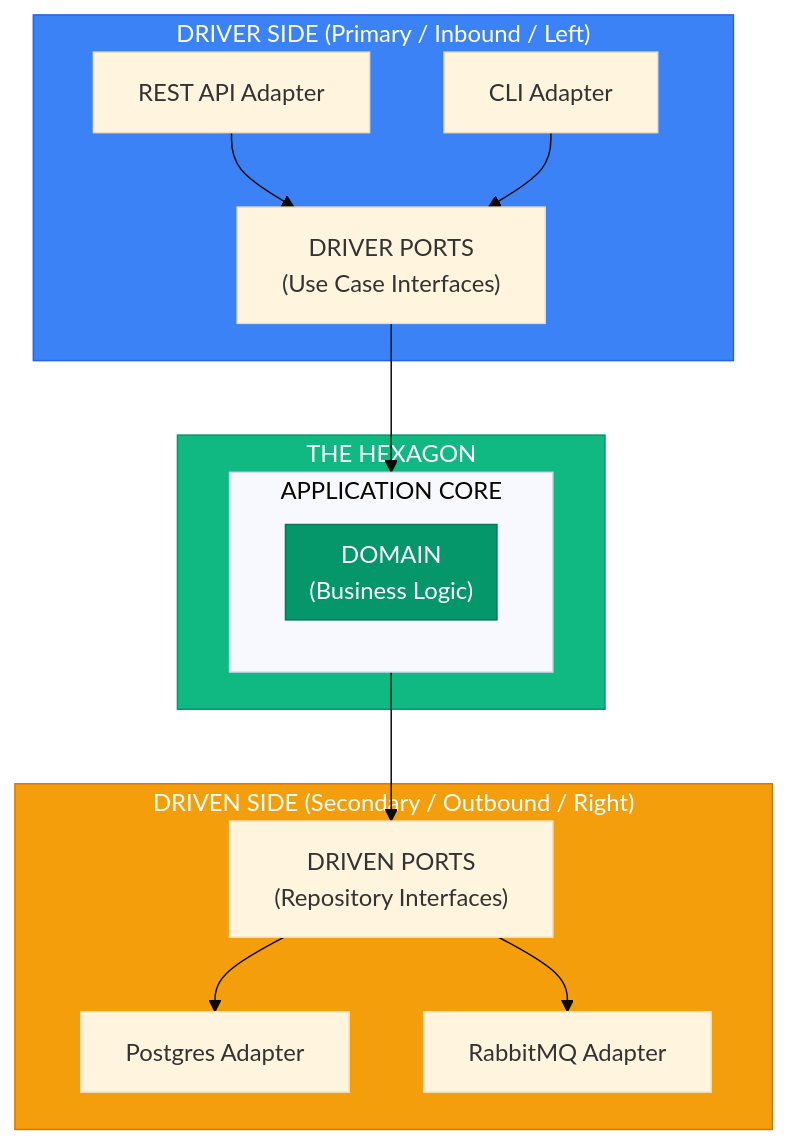
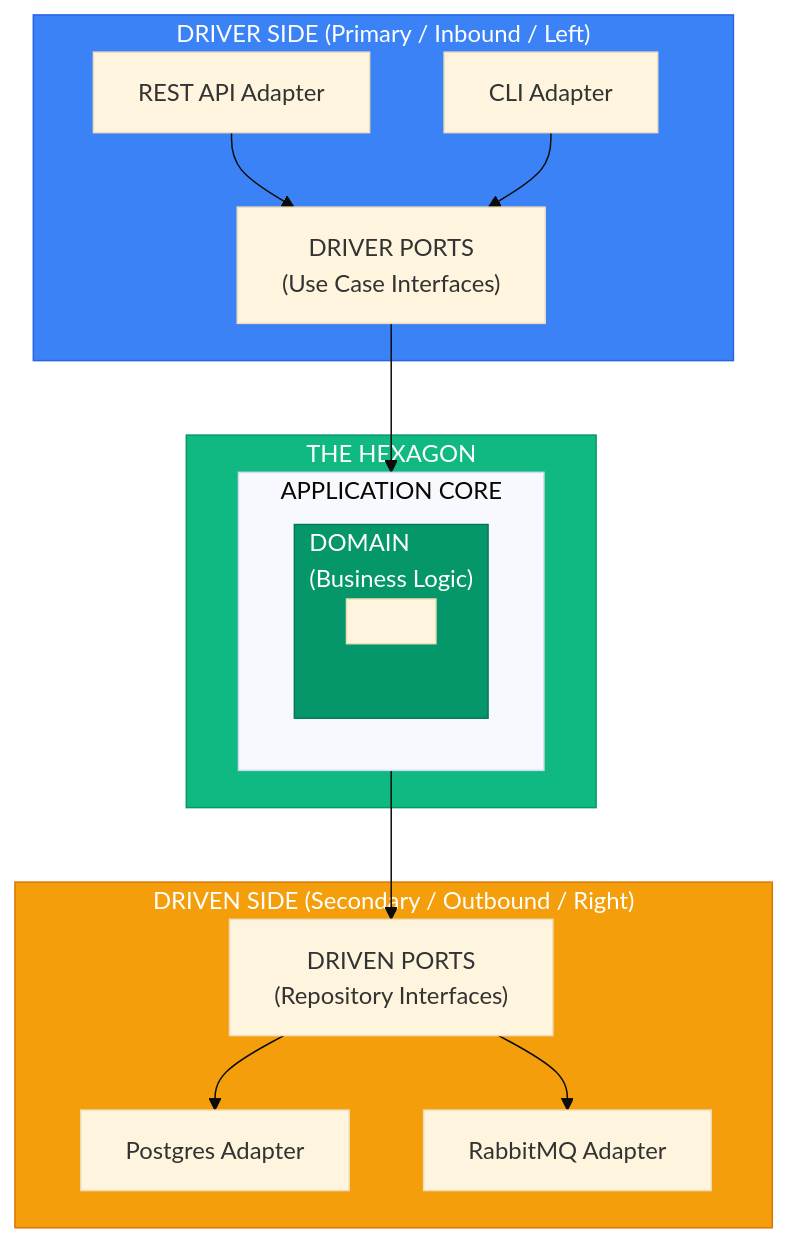
Before and after one commit to marcusquinn/aidevops: the diagram in .agents/tools/architecture/clean-ddd-hexagonal-skill/hexagonal.md, drawn with Mermaid (base theme). The commit also changed other lines of this file, not shown here.

First line of the commit message:
fix: restore mermaid Domain placeholder, tighten hexagonal.md 183→176 lines

````diff
--- a/.agents/tools/architecture/clean-ddd-hexagonal-skill/hexagonal.md
+++ b/.agents/tools/architecture/clean-ddd-hexagonal-skill/hexagonal.md
@@ -9,33 +9,30 @@
 ```mermaid
 flowchart TB
     subgraph DriverSide["DRIVER SIDE (Primary / Inbound / Left)"]
         REST["REST API Adapter"]
         CLI["CLI Adapter"]
         DriverPorts["DRIVER PORTS\n(Use Case Interfaces)"]
         REST --> DriverPorts
         CLI --> DriverPorts
     end
-
     subgraph Hexagon["THE HEXAGON"]
         subgraph AppCore["APPLICATION CORE"]
             subgraph Domain["DOMAIN\n(Business Logic)"]
+                BL[" "]
             end
         end
     end
-
     subgraph DrivenSide["DRIVEN SIDE (Secondary / Outbound / Right)"]
         DrivenPorts["DRIVEN PORTS\n(Repository Interfaces)"]
         Postgres["Postgres Adapter"]
         RabbitMQ["RabbitMQ Adapter"]
         DrivenPorts --> Postgres
         DrivenPorts --> RabbitMQ
     end
-
     DriverPorts --> AppCore
     AppCore --> DrivenPorts
-
     style DriverSide fill:#3b82f6,stroke:#2563eb,color:white
     style Hexagon fill:#10b981,stroke:#059669,color:white
     style DrivenSide fill:#f59e0b,stroke:#d97706,color:white
     style Domain fill:#059669,stroke:#047857,color:white
 ```
````
